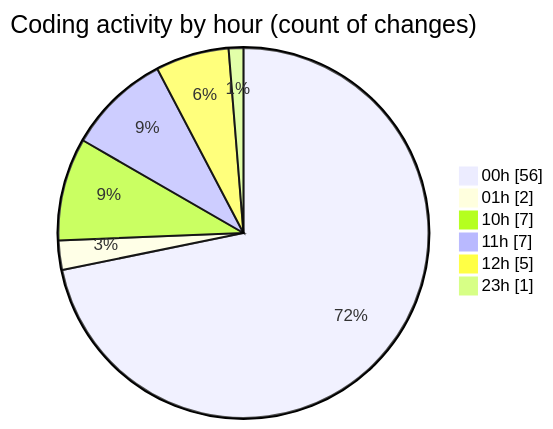
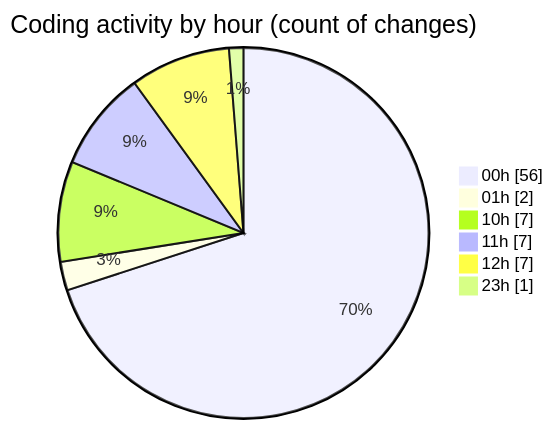
The second of 2 diagrams in 2026-03-15/nxtqube_webapp/README.md (nxtqubesakshisongat/code-tracking), drawn with Mermaid before and after one commit. The commit also changed other lines of this file and 1 other file, not shown here.

````diff
--- a/2026-03-15/nxtqube_webapp/README.md
+++ b/2026-03-15/nxtqube_webapp/README.md
@@ -32,10 +32,10 @@
 ```mermaid
 pie showData
 title Coding activity by hour (count of changes)
 "00h" : 56
 "01h" : 2
 "10h" : 7
 "11h" : 7
-"12h" : 5
+"12h" : 7
 "23h" : 1
 ```
````
